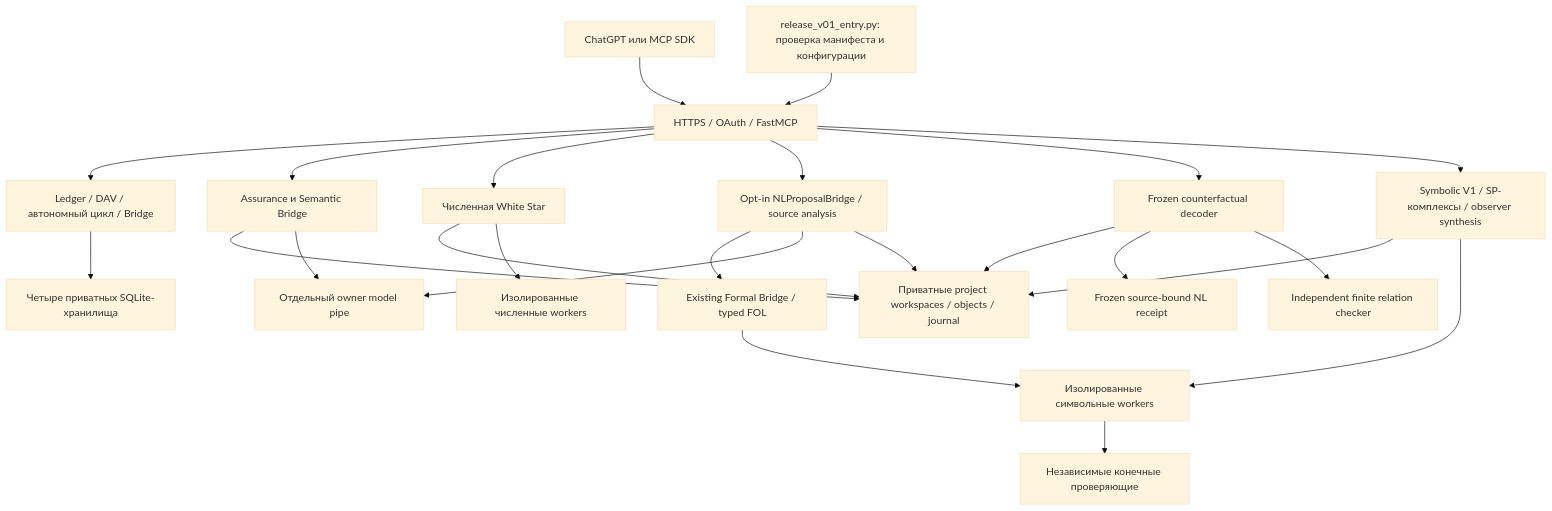
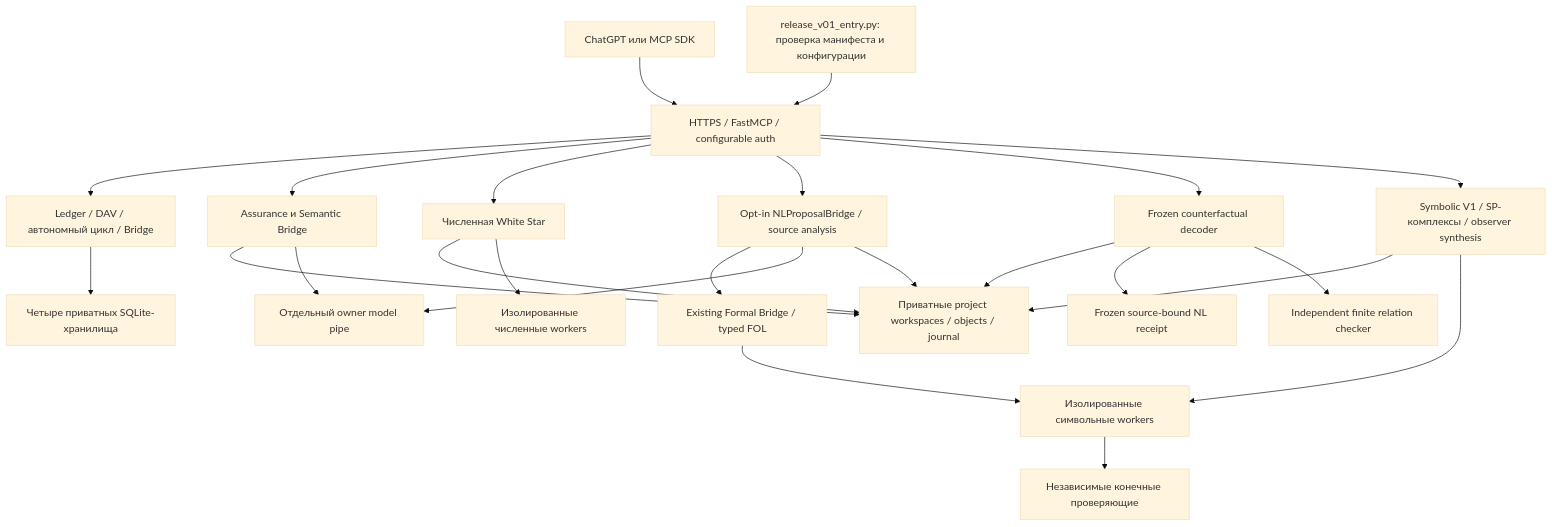
Before and after one commit to catman77/LivingMath: the first of 2 diagrams in ARCHITECTURE.md, drawn with Mermaid (base theme). The commit also changed other lines of this file and 8 other files, not shown here.

Commit message:
Allow anonymous MCP transport through explicit deployment policy

````diff
--- a/ARCHITECTURE.md
+++ b/ARCHITECTURE.md
@@ -10,26 +10,26 @@
 ```mermaid
 flowchart TD
-    Client[ChatGPT или MCP SDK] --> Transport[HTTPS / OAuth / FastMCP]
+    Client[ChatGPT или MCP SDK] --> Transport[HTTPS / FastMCP / configurable auth]
     Entry[release_v01_entry.py: проверка манифеста и конфигурации] --> Transport
     Transport --> Legacy[Ledger / DAV / автономный цикл / Bridge]
     Transport --> Assurance[Assurance и Semantic Bridge]
     Transport --> Numeric[Численная White Star]
     Transport --> NL[Opt-in NLProposalBridge / source analysis]
     Transport --> Causal[Frozen counterfactual decoder]
     Causal --> Workspace
     Causal --> Frozen[Frozen source-bound NL receipt]
     Causal --> Finite[Independent finite relation checker]
     NL --> Formal[Existing Formal Bridge / typed FOL]
     NL --> Pipe
     NL --> Workspace
     Formal --> SymbolicWorkers
     Transport --> Symbolic[Symbolic V1 / SP-комплексы / observer synthesis]
     Legacy --> SQLite[Четыре приватных SQLite-хранилища]
     Assurance --> Workspace[Приватные project workspaces / objects / journal]
     Numeric --> Workspace
     Symbolic --> Workspace
     Assurance --> Pipe[Отдельный owner model pipe]
     Numeric --> NumericWorkers[Изолированные численные workers]
     Symbolic --> SymbolicWorkers[Изолированные символьные workers]
     SymbolicWorkers --> Checkers[Независимые конечные проверяющие]
 ```
````
